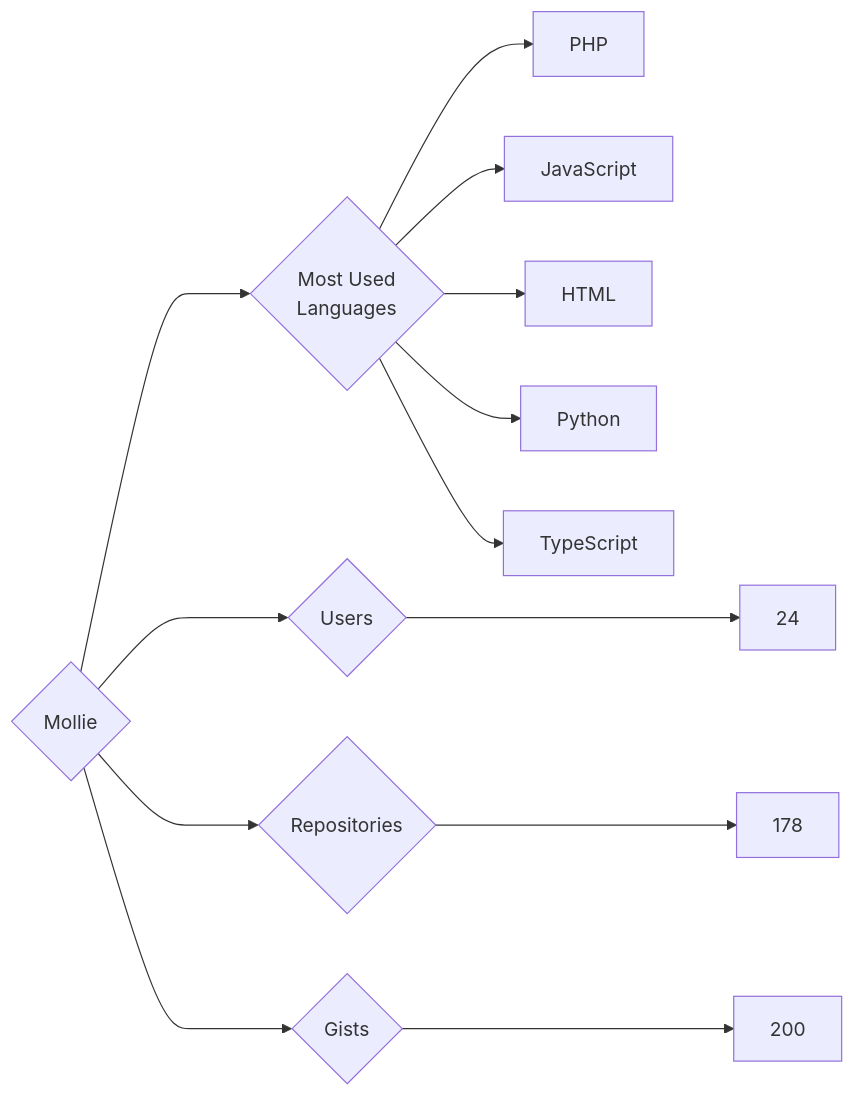
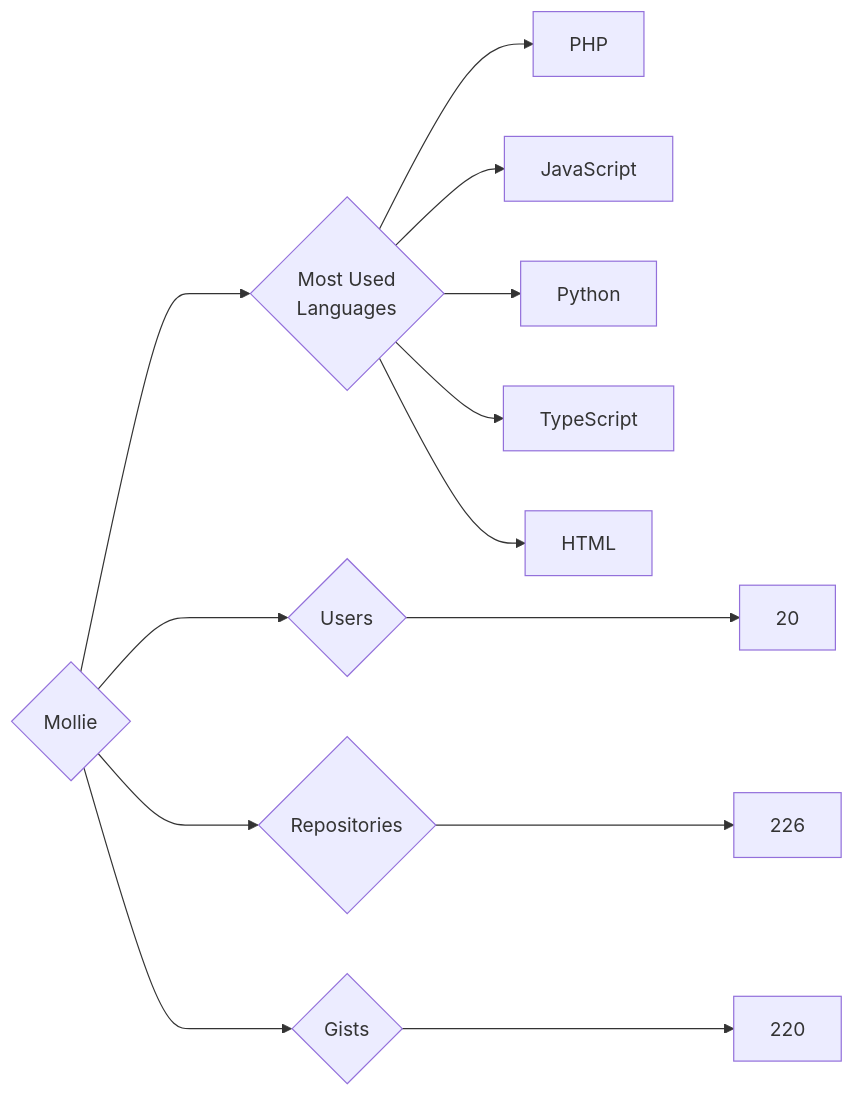
One commit to trickest/insiders changed the diagram in targets/Mollie/README.md. Above: the diagram before and after it, drawn with Mermaid. The commit also changed 972 other files, not shown here.

````diff
--- a/targets/Mollie/README.md
+++ b/targets/Mollie/README.md
@@ -3,13 +3,13 @@
 ```mermaid
 graph LR
 COMPANY_NAME{Mollie}
-COMPANY_NAME ---> U{Users} ---> UN[24]
-COMPANY_NAME ---> R{Repositories} ---> RN[178]
-COMPANY_NAME ---> G{Gists} ---> GN[200]
+COMPANY_NAME ---> U{Users} ---> UN[20]
+COMPANY_NAME ---> R{Repositories} ---> RN[226]
+COMPANY_NAME ---> G{Gists} ---> GN[220]
 COMPANY_NAME ---> ML{Most Used<br>Languages}
 ML --> PHP[PHP]
 ML --> JavaScript[JavaScript]
-ML --> HTML[HTML]
 ML --> Python[Python]
 ML --> TypeScript[TypeScript]
+ML --> HTML[HTML]
 ```
````
